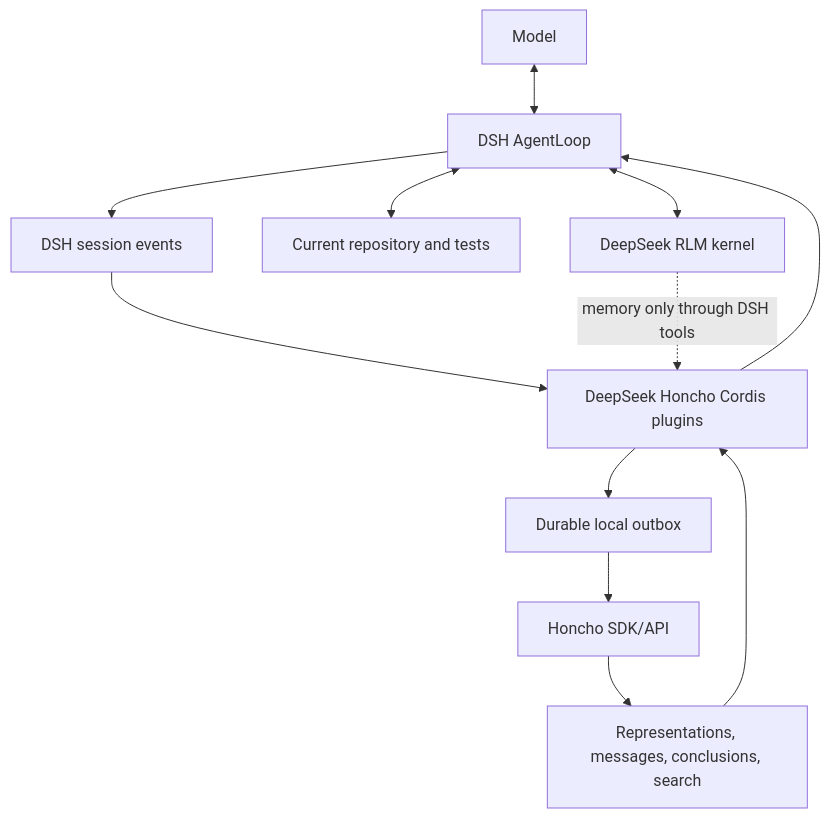
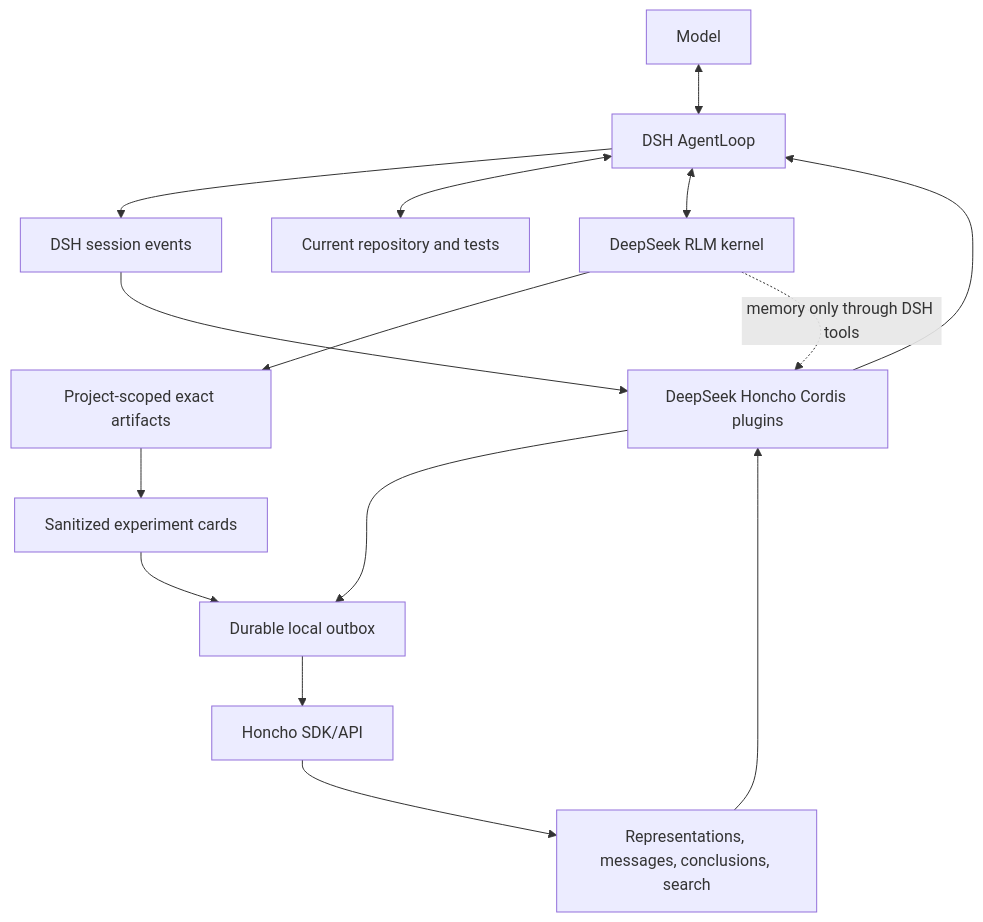
Before and after one commit to OpenCnid/deepseek-honcho: the diagram in SPEC.md, drawn with Mermaid. The commit also changed other lines of this file and 58 other files, not shown here.

````diff
--- a/SPEC.md
+++ b/SPEC.md
@@ -18,21 +21,25 @@
 ```mermaid
 flowchart TB
     model["Model"]
     loop["DSH AgentLoop"]
     events["DSH session events"]
     plugin["DeepSeek Honcho Cordis plugins"]
     outbox["Durable local outbox"]
     api["Honcho SDK/API"]
     memory["Representations, messages, conclusions, search"]
+    cards["Sanitized experiment cards"]
+    artifacts["Project-scoped exact artifacts"]
     repo["Current repository and tests"]
     rlm["DeepSeek RLM kernel"]
 
     model <--> loop
     loop --> events
     events --> plugin
     plugin --> outbox --> api --> memory
+    rlm --> artifacts
+    artifacts --> cards --> outbox
     memory --> plugin --> loop
     loop <--> repo
     loop <--> rlm
     rlm -. "memory only through DSH tools" .-> plugin
 ```
````
